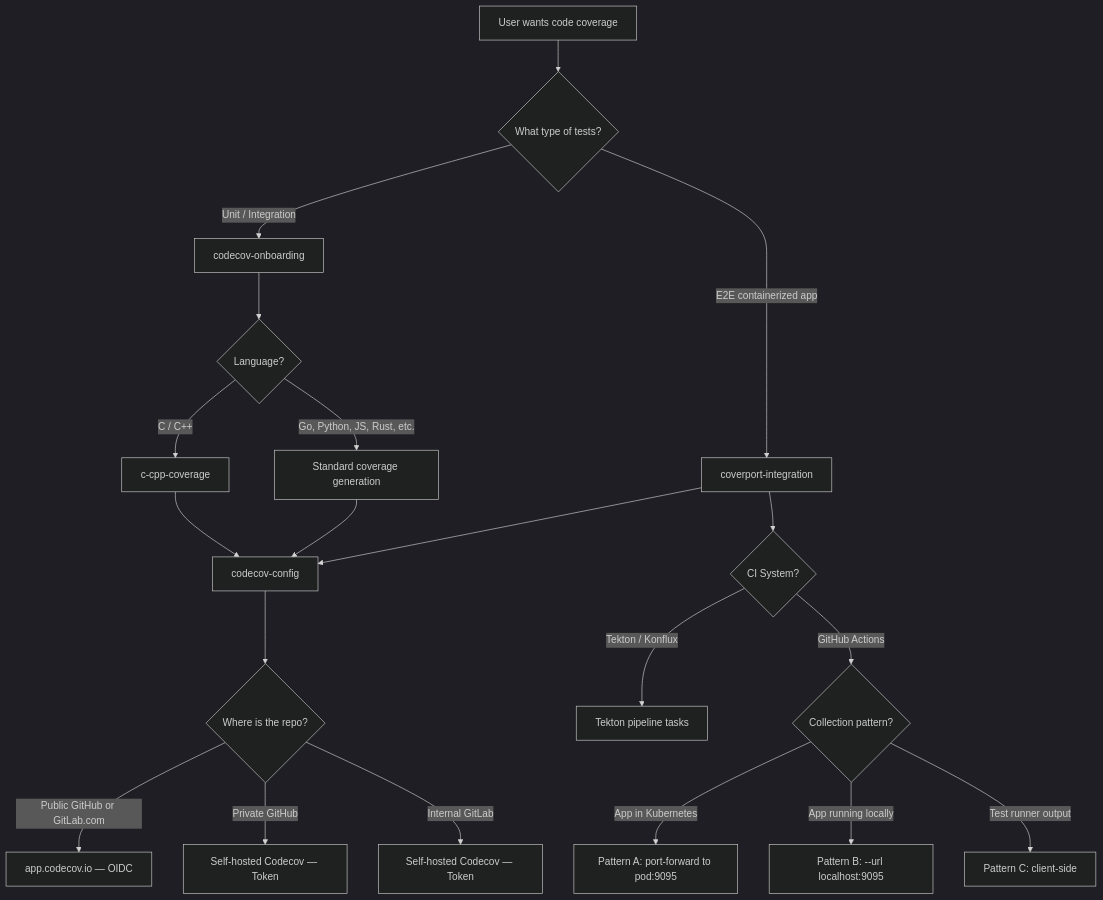
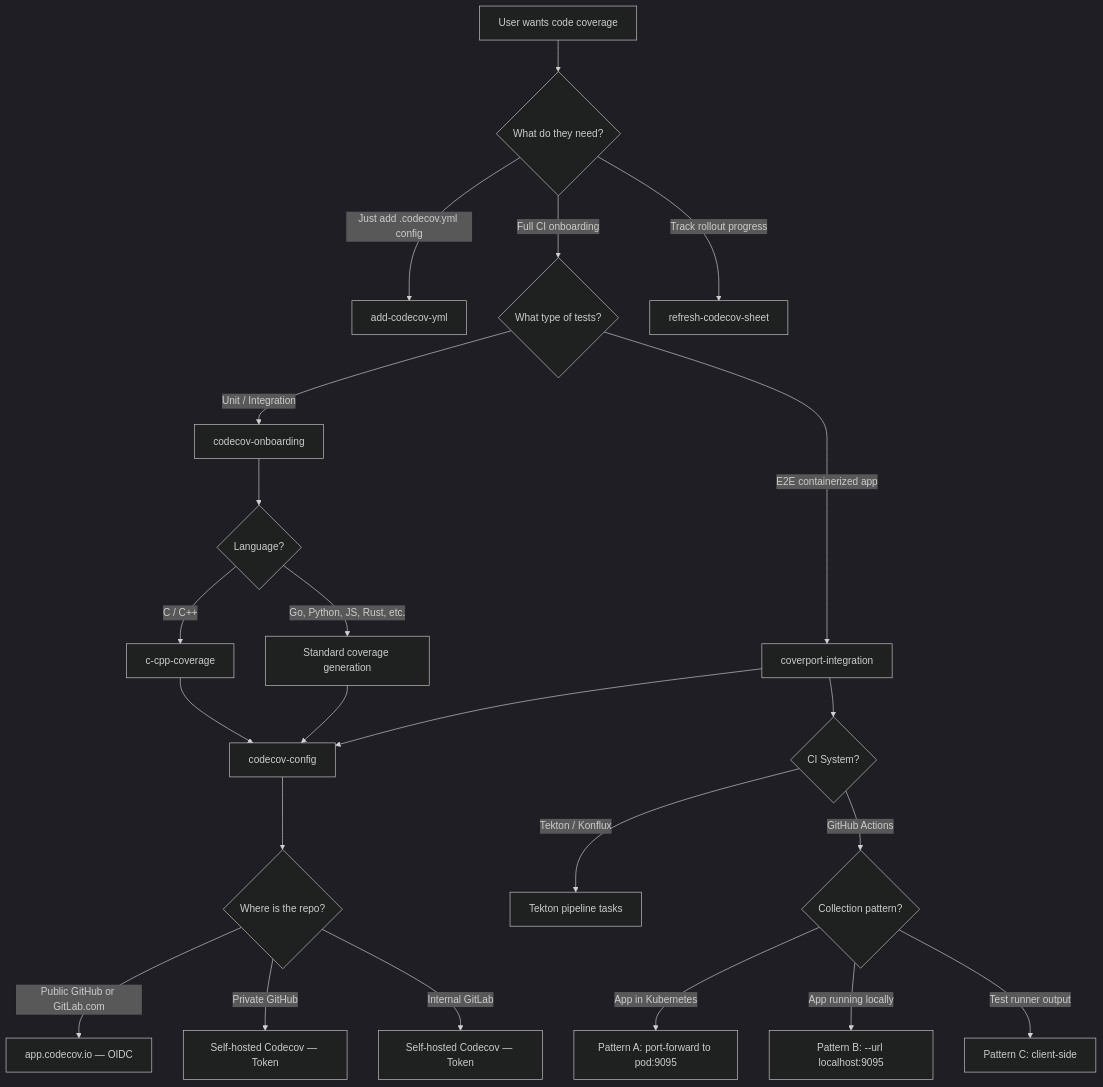
Before and after one commit to konflux-ci/coverport: the diagram in .claude/skills/DECISION_TREE.md, drawn with Mermaid (dark theme). The commit also changed 3 other files, not shown here.

First line of the commit message:
Add add-codecov-yml and refresh-codecov-sheet to skill references

````diff
--- a/.claude/skills/DECISION_TREE.md
+++ b/.claude/skills/DECISION_TREE.md
@@ -3,28 +3,32 @@
 ```mermaid
 graph TD
-    A[User wants code coverage] --> B{What type of tests?}
+    A[User wants code coverage] --> AA{What do they need?}
+
+    AA -->|Just add .codecov.yml config| AB[add-codecov-yml]
+    AA -->|Full CI onboarding| B{What type of tests?}
+    AA -->|Track rollout progress| AC[refresh-codecov-sheet]
 
     B -->|Unit / Integration| C[codecov-onboarding]
     B -->|E2E containerized app| D[coverport-integration]
 
     C --> E{Language?}
     E -->|C / C++| F[c-cpp-coverage]
     E -->|Go, Python, JS, Rust, etc.| G[Standard coverage generation]
 
     F --> H[codecov-config]
     G --> H
     D --> H
 
     D --> I{CI System?}
     I -->|Tekton / Konflux| J[Tekton pipeline tasks]
     I -->|GitHub Actions| K{Collection pattern?}
 
     K -->|App in Kubernetes| L[Pattern A: port-forward to pod:9095]
     K -->|App running locally| M[Pattern B: --url localhost:9095]
     K -->|Test runner output| N[Pattern C: client-side]
 
     H --> O{Where is the repo?}
     O -->|Public GitHub or GitLab.com| P[app.codecov.io — OIDC]
     O -->|Private GitHub| Q[Self-hosted Codecov — Token]
     O -->|Internal GitLab| R[Self-hosted Codecov — Token]
 ```
````
